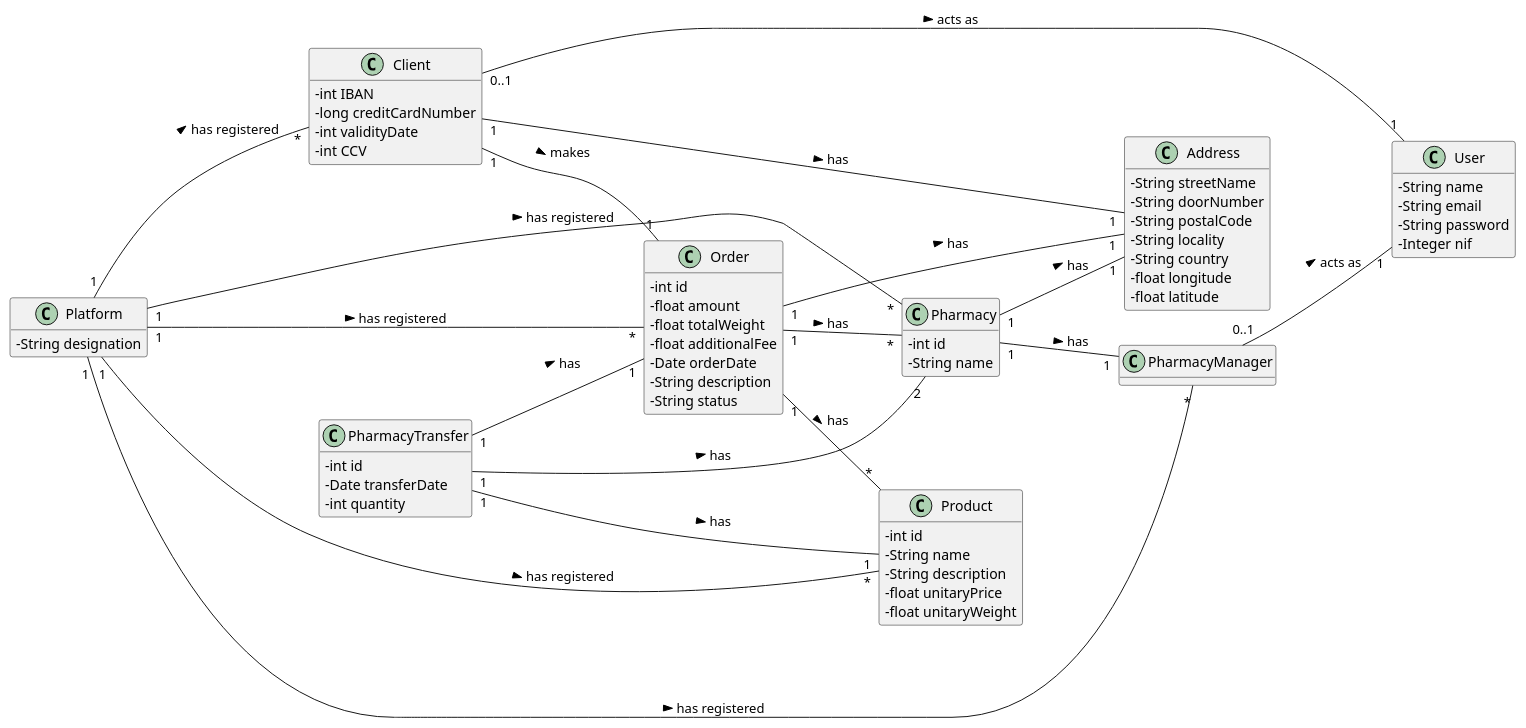
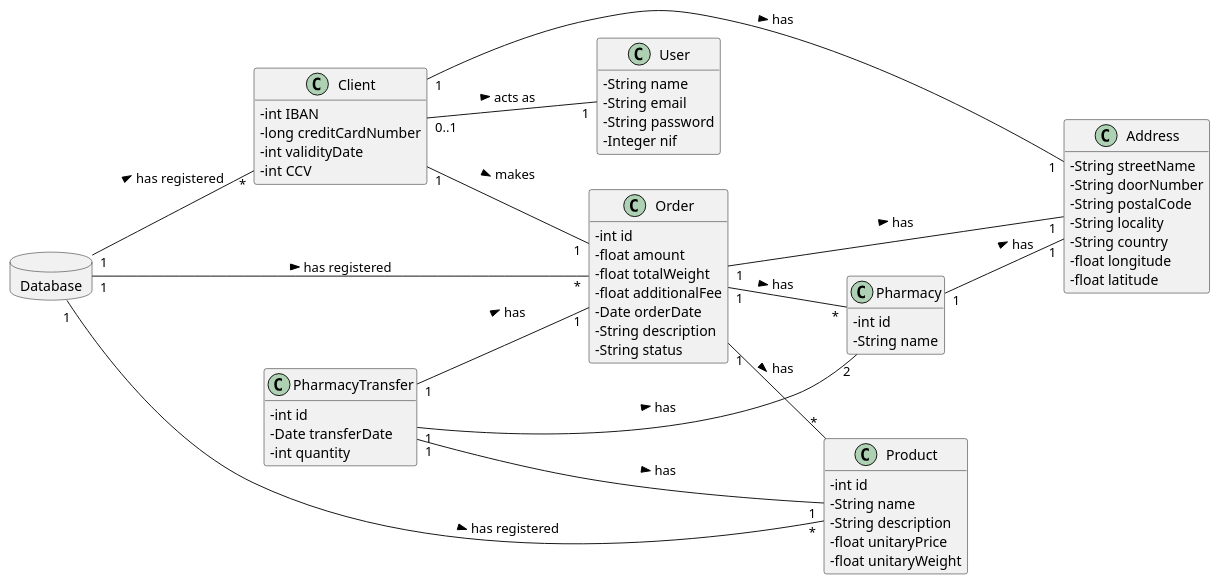
One commit to tiagoavcosta25/LAPR3 changed the diagram in docs/Iteration 2/Pharmacy Management/US200_MakeAPharmacyTransfer/US200_DM.puml. Above: the diagram before and after it, drawn with PlantUML. The commit also changed 4 other files, not shown here.

```diff
--- a/docs/Iteration 2/Pharmacy Management/US200_MakeAPharmacyTransfer/US200_DM.puml
+++ b/docs/Iteration 2/Pharmacy Management/US200_MakeAPharmacyTransfer/US200_DM.puml
@@ -1,83 +1,75 @@
 @startuml
 skinparam classAttributeIconSize 0
 hide methods
 left to right direction
 
-class Platform {
--   String designation
+database Database {
 }
 
 class Pharmacy{
 -   int id
 -   String name
 }
 
 class Client{
 -   int IBAN
 -   long creditCardNumber
 -   int validityDate
 -   int CCV
 }
 
 class User{
 -   String name
 -   String email
 -   String password
 -   Integer nif
-}
-
-class PharmacyManager{
 }
 
 class Order{
 -   int id
 -   float amount
 -   float totalWeight
 -   float additionalFee
 -   Date orderDate
 -   String description
 -   String status
 }
 
 class Address{
 -   String streetName
 -   String doorNumber
 -   String postalCode
 -   String locality
 -   String country
 -   float longitude
 -   float latitude
 }
 
 class Product{
 -   int id
 -   String name
 -   String description
 -   float unitaryPrice
 -   float unitaryWeight
 }
 
 class PharmacyTransfer{
 -   int id
 -   Date transferDate
 -   int quantity
 }
 
-Platform "1" -- "*" Pharmacy : has registered >
-Platform "1" -- "*" PharmacyManager : has registered >
-Platform "1" -- "*" Order : has registered >
-Platform "1" -- "*" Product : has registered >
-Platform "1" -- "*" Client : has registered >
-PharmacyManager "0..1" -- "1" User: acts as >
-Pharmacy "1" -- "1" PharmacyManager : has >
+Database "1" -- "*" Order : has registered >
+Database "1" -- "*" Product : has registered >
+Database "1" -- "*" Client : has registered >
 Pharmacy "1" -- "1" Address : has >
 Order "1" -- "*" Product : has >
 Order "1" -- "*" Pharmacy : has >
 Client "0..1" -- "1" User: acts as >
 Client "1" -- "1" Order : makes >
 Client "1" -- "1" Address : has >
 Order "1" -- "1" Address : has >
 PharmacyTransfer "1" -- "2" Pharmacy : has >
 PharmacyTransfer "1" -- "1" Product : has >
 PharmacyTransfer "1" -- "1" Order : has >
 @enduml
```
